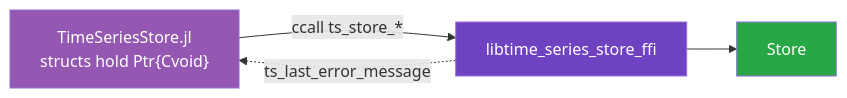
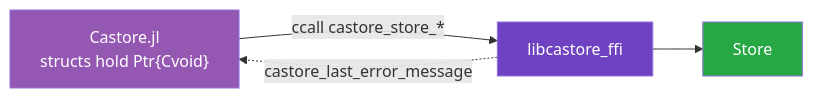
One commit to NatLabRockies/infrastore changed the second of 2 diagrams in docs/src/explanation/bindings.md. Above: the diagram before and after it, drawn with Mermaid. The commit also changed other lines of this file and 169 other files, not shown here.

First line of the commit message:
Rename the package from time-series-store to castore

````diff
--- a/docs/src/explanation/bindings.md
+++ b/docs/src/explanation/bindings.md
@@ -47,10 +47,10 @@
 ```mermaid
 flowchart LR
-    JL["TimeSeriesStore.jl<br/>structs hold Ptr{Cvoid}"] -->|"ccall ts_store_*"| LIB["libtime_series_store_ffi"]
+    JL["Castore.jl<br/>structs hold Ptr{Cvoid}"] -->|"ccall castore_store_*"| LIB["libcastore_ffi"]
     LIB --> STORE["Store"]
-    LIB -.->|"ts_last_error_message"| JL
+    LIB -.->|"castore_last_error_message"| JL
 
     style JL fill:#9558b2,color:#fff
     style LIB fill:#6f42c1,color:#fff
     style STORE fill:#28a745,color:#fff
 ```
````
